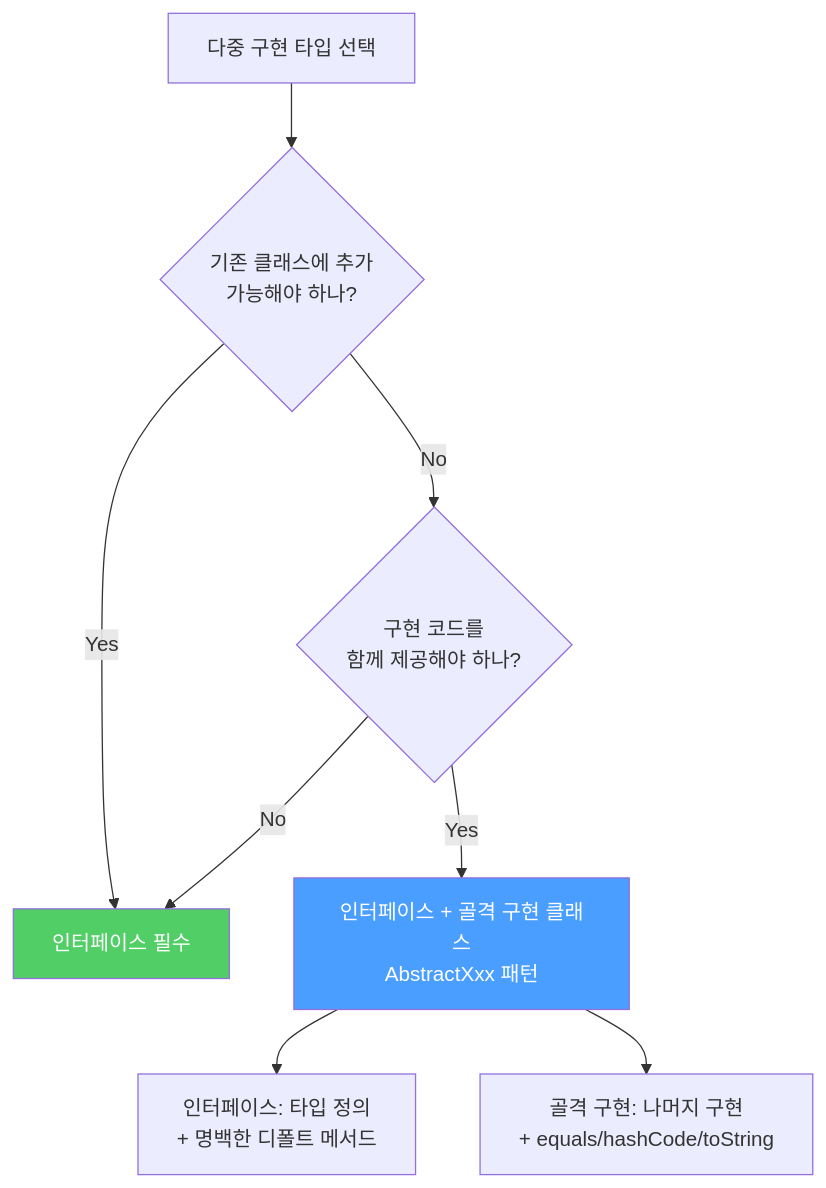
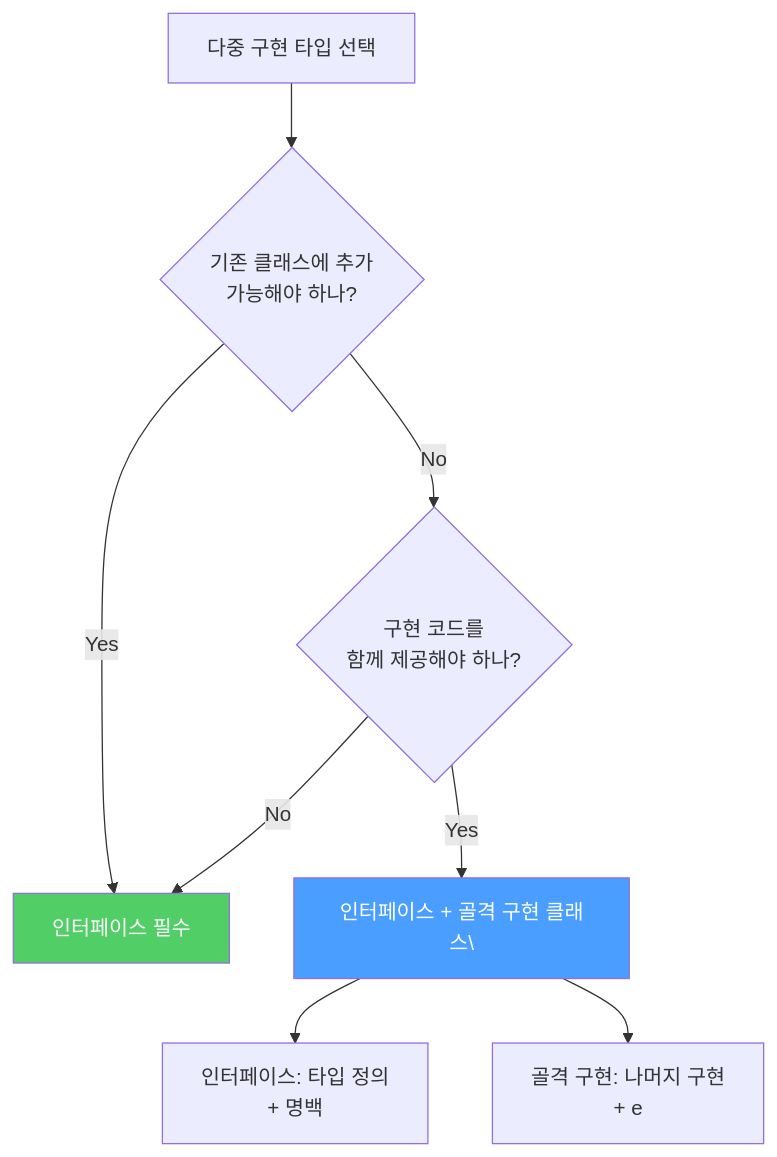
The fifth of 5 diagrams in _posts/java/2022-01-03-effective-java20.md (yjkim2015/yjkim2015.github.io), drawn with Mermaid before and after one commit. The commit also changed other lines of this file and 271 other files, not shown here.

First line of the commit message:
Mermaid 라벨 축소: 긴 노드 텍스트 18자 이하로 트림 + \n 제거

````diff
--- a/_posts/java/2022-01-03-effective-java20.md
+++ b/_posts/java/2022-01-03-effective-java20.md
@@ -281,12 +281,12 @@
 ```mermaid
 graph TD
     A["다중 구현 타입 선택"] --> B{"기존 클래스에 추가\n가능해야 하나?"}
     B -->|"Yes"| C["인터페이스 필수"]
     B -->|"No"| D{"구현 코드를\n함께 제공해야 하나?"}
     D -->|"No"| C
-    D -->|"Yes"| E["인터페이스 + 골격 구현 클래스\nAbstractXxx 패턴"]
-    E --> F["인터페이스: 타입 정의\n+ 명백한 디폴트 메서드"]
-    E --> G["골격 구현: 나머지 구현\n+ equals/hashCode/toString"]
+    D -->|"Yes"| E["인터페이스 + 골격 구현 클래스\"]
+    E --> F["인터페이스: 타입 정의\n+ 명백"]
+    E --> G["골격 구현: 나머지 구현\n+ e"]
     style C fill:#51cf66,color:#fff
     style E fill:#4a9eff,color:#fff
 ```
````
